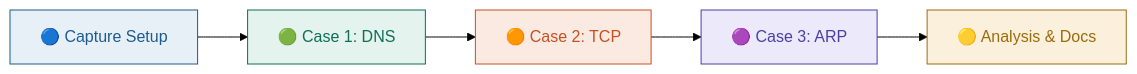
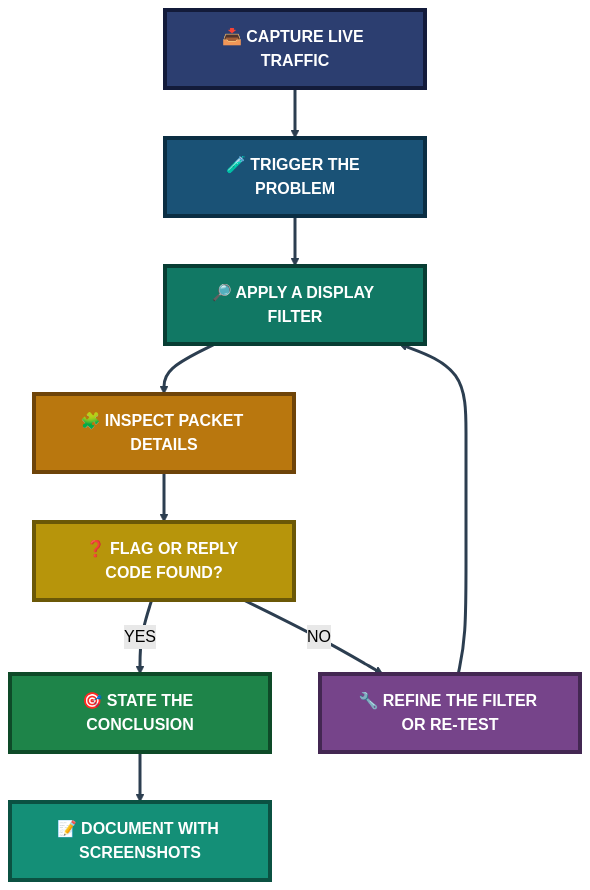
The second of 2 diagrams in project-4-wireshark-packet-capture-case-studies/README.md (malaika-azhar/Real-World-Tier2-Support-Projects), drawn with Mermaid (forest theme) before and after one commit. The commit also changed other lines of this file, not shown here.

````diff
--- a/project-4-wireshark-packet-capture-case-studies/README.md
+++ b/project-4-wireshark-packet-capture-case-studies/README.md
@@ -22,13 +479,28 @@
 ```mermaid
-flowchart LR
-    A[🔵 Capture Setup]:::setup --> B[🟢 Case 1: DNS]:::dns
-    B --> C[🟠 Case 2: TCP]:::tcp
-    C --> D[🟣 Case 3: ARP]:::arp
-    D --> E[🟡 Analysis & Docs]:::docs
+flowchart TB
+    Cap["📥 CAPTURE LIVE TRAFFIC"]:::capClass
+    Trig["🧪 TRIGGER THE PROBLEM"]:::trigClass
+    Filt["🔎 APPLY A DISPLAY FILTER"]:::filtClass
+    Insp["🧩 INSPECT PACKET DETAILS"]:::inspClass
+    Flag["❓ FLAG OR REPLY CODE FOUND?"]:::flagClass
+    Conc["🎯 STATE THE CONCLUSION"]:::concClass
+    Refn["🔧 REFINE THE FILTER OR RE-TEST"]:::refnClass
+    Docs["📝 DOCUMENT WITH SCREENSHOTS"]:::docsClass
 
-    classDef setup fill:#E7F0F7,stroke:#1D5B8F,stroke-width:1px,color:#1D5B8F
-    classDef dns fill:#E4F3EE,stroke:#0F6E56,stroke-width:1px,color:#0F6E56
-    classDef tcp fill:#FBEAE2,stroke:#C6501F,stroke-width:1px,color:#C6501F
-    classDef arp fill:#ECEAFA,stroke:#4A3FA6,stroke-width:1px,color:#4A3FA6
-    classDef docs fill:#FBF0DC,stroke:#9C6B0B,stroke-width:1px,color:#9C6B0B
+    Cap --> Trig --> Filt --> Insp --> Flag
+    Flag -->|YES| Conc
+    Flag -->|NO| Refn
+    Refn --> Filt
+    Conc --> Docs
+
+    classDef capClass fill:#2C3E70,stroke:#131B3A,stroke-width:4px,color:#FFFFFF,font-weight:bold
+    classDef trigClass fill:#1A5276,stroke:#0B2E43,stroke-width:4px,color:#FFFFFF,font-weight:bold
+    classDef filtClass fill:#117864,stroke:#083D33,stroke-width:4px,color:#FFFFFF,font-weight:bold
+    classDef inspClass fill:#B9770E,stroke:#6E4409,stroke-width:4px,color:#FFFFFF,font-weight:bold
+    classDef flagClass fill:#B7950B,stroke:#6B5807,stroke-width:4px,color:#FFFFFF,font-weight:bold
+    classDef concClass fill:#1E8449,stroke:#0E4A28,stroke-width:4px,color:#FFFFFF,font-weight:bold
+    classDef refnClass fill:#76448A,stroke:#432752,stroke-width:4px,color:#FFFFFF,font-weight:bold
+    classDef docsClass fill:#148F77,stroke:#0B5142,stroke-width:4px,color:#FFFFFF,font-weight:bold
+
+    linkStyle default stroke:#2C3E50,stroke-width:3px
 ```
````
